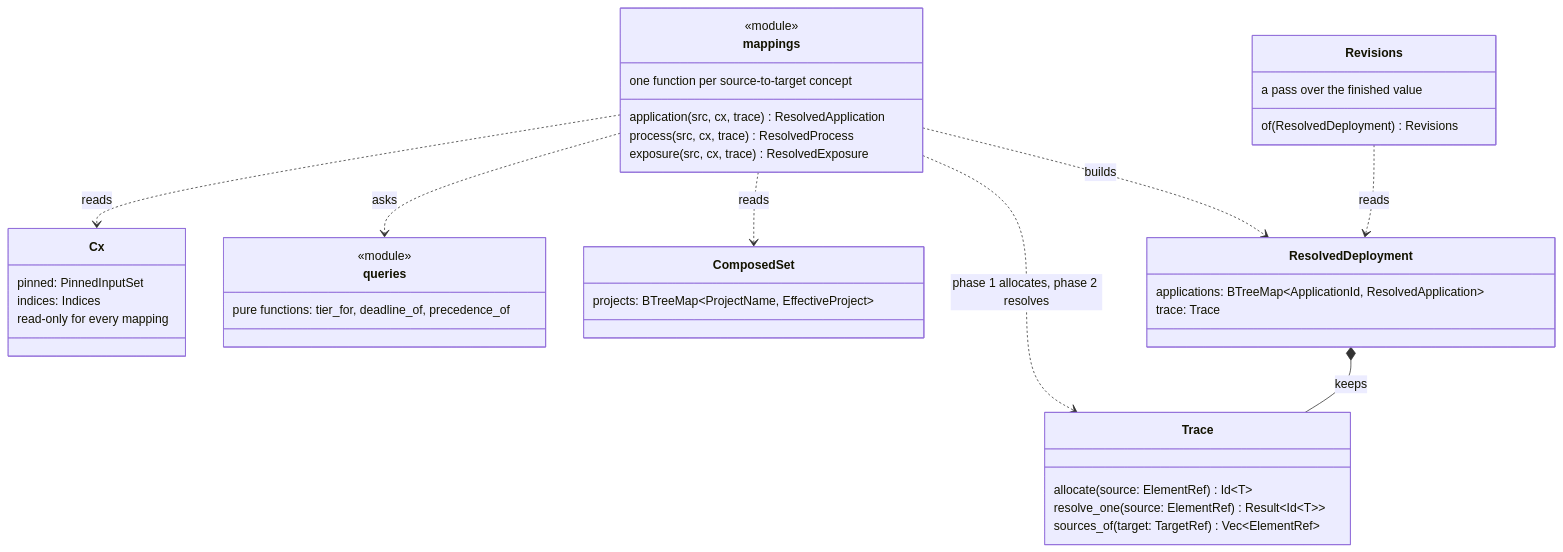
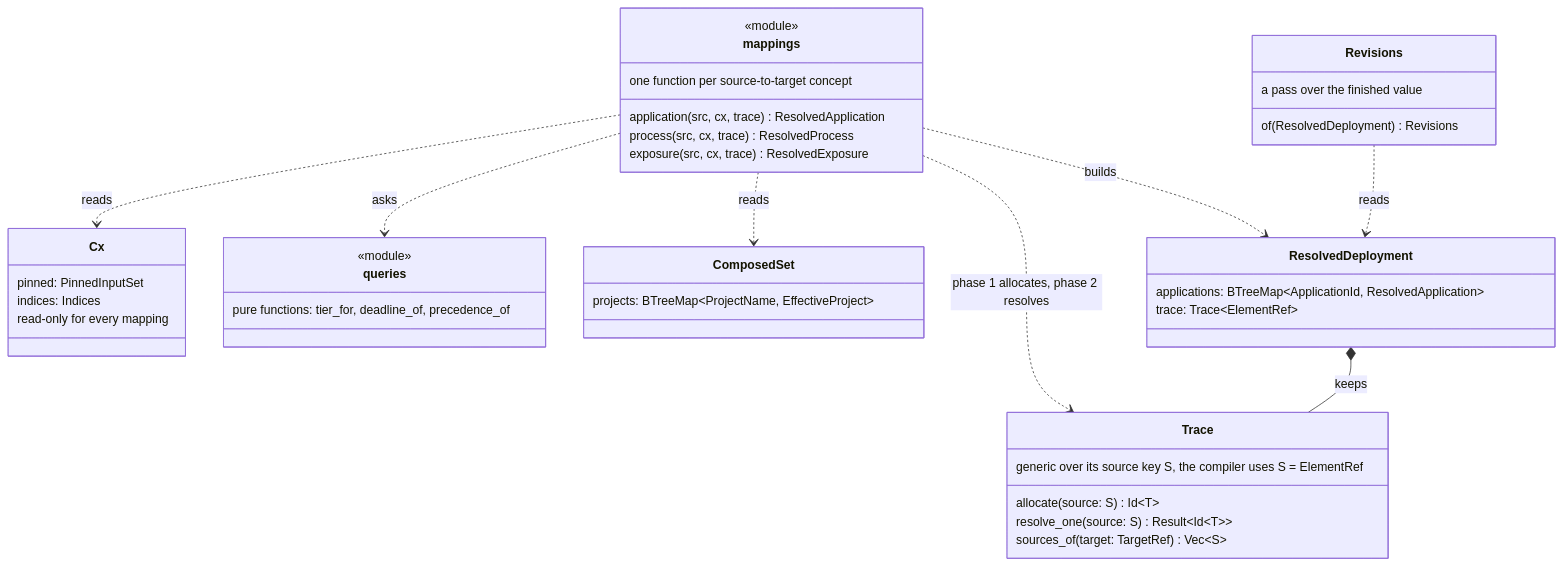
The diagram in docs/diagrams/raw/rust-step-resolve.mmd (JorisJonkers-dev/estate-kit), drawn with Mermaid before and after one commit. The commit also changed 45 other files, not shown here.

```diff
--- a/docs/diagrams/raw/rust-step-resolve.mmd
+++ b/docs/diagrams/raw/rust-step-resolve.mmd
@@ -1,47 +1,48 @@
 %% title: Rust: resolving through one trace, in two phases
 classDiagram
     direction TB
     class Cx {
         pinned: PinnedInputSet
         indices: Indices
         read-only for every mapping
     }
     class Trace {
-        allocate(source: ElementRef) Id#lt;T#gt;
-        resolve_one(source: ElementRef) Result#lt;Id#lt;T#gt;#gt;
-        sources_of(target: TargetRef) Vec#lt;ElementRef#gt;
+        generic over its source key S, the compiler uses S = ElementRef
+        allocate(source: S) Id#lt;T#gt;
+        resolve_one(source: S) Result#lt;Id#lt;T#gt;#gt;
+        sources_of(target: TargetRef) Vec#lt;S#gt;
     }
     class mappings {
         <<module>>
         application(src, cx, trace) ResolvedApplication
         process(src, cx, trace) ResolvedProcess
         exposure(src, cx, trace) ResolvedExposure
         one function per source-to-target concept
     }
     class queries {
         <<module>>
         pure functions: tier_for, deadline_of, precedence_of
     }
     class ComposedSet {
         projects: BTreeMap#lt;ProjectName, EffectiveProject#gt;
     }
     class ResolvedDeployment {
         applications: BTreeMap#lt;ApplicationId, ResolvedApplication#gt;
-        trace: Trace
+        trace: Trace#lt;ElementRef#gt;
     }
     class Revisions {
         of(ResolvedDeployment) Revisions
         a pass over the finished value
     }
     mappings ..> ComposedSet : reads
     mappings ..> Cx : reads
     mappings ..> Trace : phase 1 allocates, phase 2 resolves
     mappings ..> queries : asks
     mappings ..> ResolvedDeployment : builds
     ResolvedDeployment *-- Trace : keeps
     Revisions ..> ResolvedDeployment : reads
     classDef accent fill:#0000a1,stroke:#0000b1
     classDef data fill:#0000a2,stroke:#0000b2
     class Trace:::accent
     class ComposedSet:::data
     class ResolvedDeployment:::data
```
